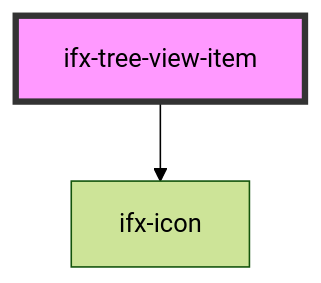
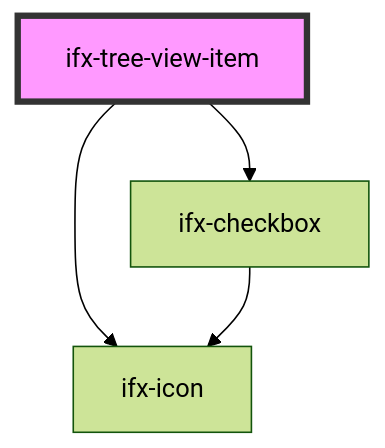
Before and after one commit to Infineon/infineon-design-system-stencil: the diagram in packages/components/src/components/tree-view/readme.md, drawn with Mermaid (forest theme). The commit also changed other lines of this file and 4 other files, not shown here.

Commit message:
Tree view: Add checkbox functions; Update Styles

````diff
--- a/packages/components/src/components/tree-view/readme.md
+++ b/packages/components/src/components/tree-view/readme.md
@@ -25,5 +26,7 @@
 ```mermaid
 graph TD;
+  ifx-tree-view-item --> ifx-checkbox
   ifx-tree-view-item --> ifx-icon
+  ifx-checkbox --> ifx-icon
   style ifx-tree-view-item fill:#f9f,stroke:#333,stroke-width:4px
 ```
````
